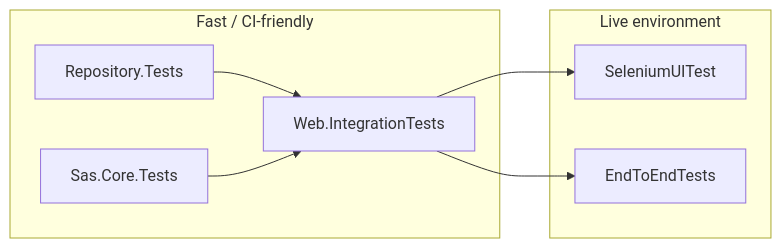
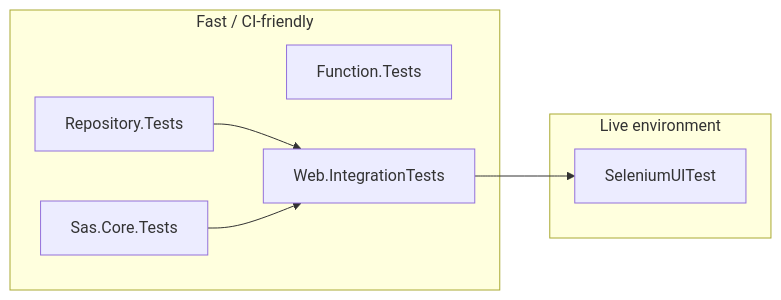
One commit to banco-alimentar/alimentestaideia.pt changed the first of 2 diagrams in TESTS.md. Above: the diagram before and after it, drawn with Mermaid. The commit also changed other lines of this file and 16 other files, not shown here.

````diff
--- a/TESTS.md
+++ b/TESTS.md
@@ -22,18 +22,17 @@
 ```mermaid
 flowchart LR
     subgraph fast["Fast / CI-friendly"]
         R[Repository.Tests]
         S[Sas.Core.Tests]
+        F[Function.Tests]
         I[Web.IntegrationTests]
     end
 
     subgraph live["Live environment"]
         Sel[SeleniumUITest]
-        E2E[EndToEndTests]
     end
 
     R --> I
     S --> I
     I --> Sel
-    I --> E2E
 ```
````
